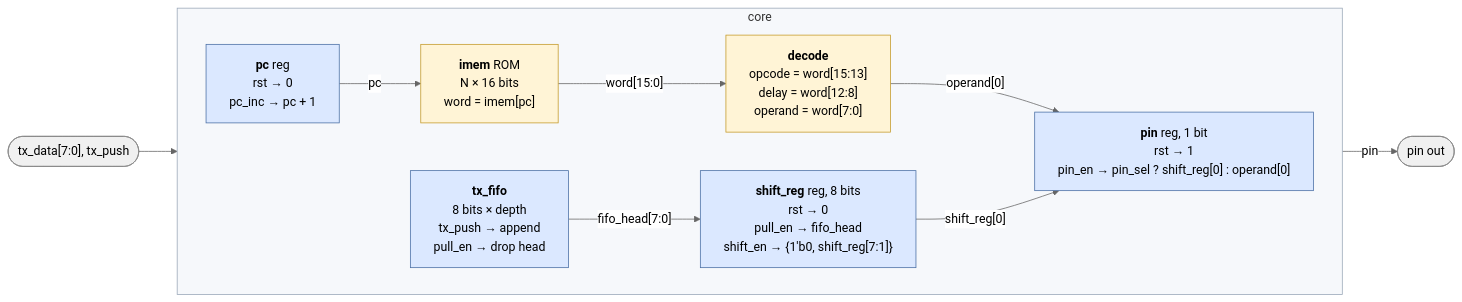
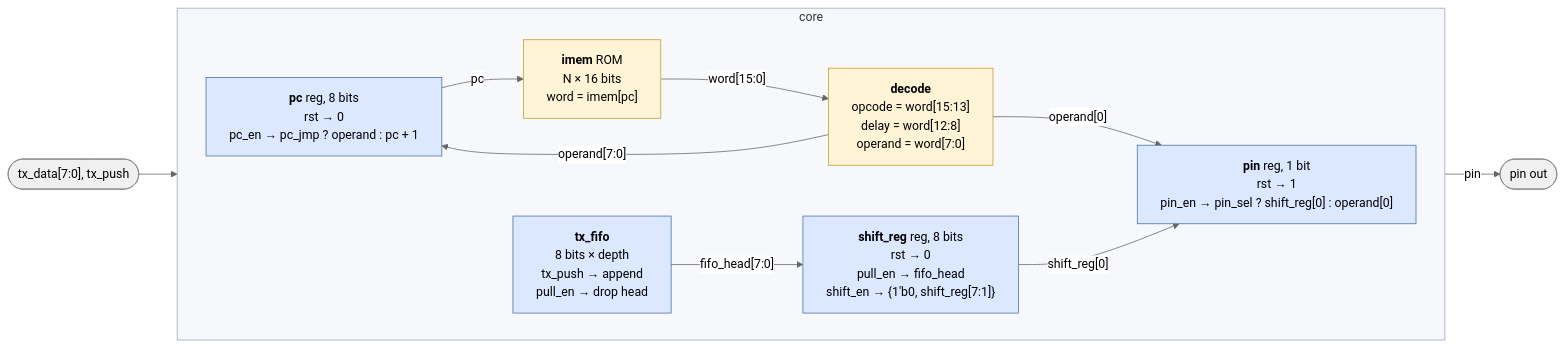
Before and after one commit to cshieldsce/smallcore: the diagram in docs/core.mmd, drawn with Mermaid (neutral theme). The commit also changed 11 other files, not shown here.

Commit message:
update diagrams for jmp

```diff
--- a/docs/core.mmd
+++ b/docs/core.mmd
@@ -1,31 +1,32 @@
 %%{init: {"flowchart": {"wrappingWidth": 320}}}%%
 %% Datapath at Verilog level. Blue = register (one always @(posedge clk)), yellow = combinational.
 %% Only data wires are drawn. The enables named inside each register (pull_en, shift_en,
-%% pin_en, pin_sel, pc_inc) come from the control block, see control.svg.
+%% pin_en, pin_sel, pc_en, pc_jmp) come from the control block, see control.svg.
 flowchart LR
   classDef reg fill:#dbe8ff,stroke:#4a6fa5
   classDef comb fill:#fff4d6,stroke:#c49a2a
   classDef ext fill:#f0f0f0,stroke:#888
 
   TXIN(["tx_data[7:0], tx_push"]):::ext
 
   subgraph core["core"]
     direction LR
-    PC["<b>pc</b> reg<br/>rst → 0<br/>pc_inc → pc + 1"]:::reg
+    PC["<b>pc</b> reg, 8 bits<br/>rst → 0<br/>pc_en → pc_jmp ? operand : pc + 1"]:::reg
     IMEM["<b>imem</b> ROM<br/>N × 16 bits<br/>word = imem[pc]"]:::comb
     DEC["<b>decode</b><br/>opcode = word[15:13]<br/>delay = word[12:8]<br/>operand = word[7:0]"]:::comb
     FIFO["<b>tx_fifo</b><br/>8 bits × depth<br/>tx_push → append<br/>pull_en → drop head"]:::reg
     SR["<b>shift_reg</b> reg, 8 bits<br/>rst → 0<br/>pull_en → fifo_head<br/>shift_en → {1'b0, shift_reg[7:1]}"]:::reg
     PIN["<b>pin</b> reg, 1 bit<br/>rst → 1<br/>pin_en → pin_sel ? shift_reg[0] : operand[0]"]:::reg
 
     PC -->|"pc"| IMEM
     IMEM -->|"word[15:0]"| DEC
     DEC -->|"operand[0]"| PIN
+    DEC -->|"operand[7:0]"| PC
     FIFO -->|"fifo_head[7:0]"| SR
     SR -->|"shift_reg[0]"| PIN
   end
 
   TXIN --> FIFO
   PIN -->|"pin"| OUT(["pin out"]):::ext
 
   style core fill:#f6f8fb,stroke:#9aa7b8
```
